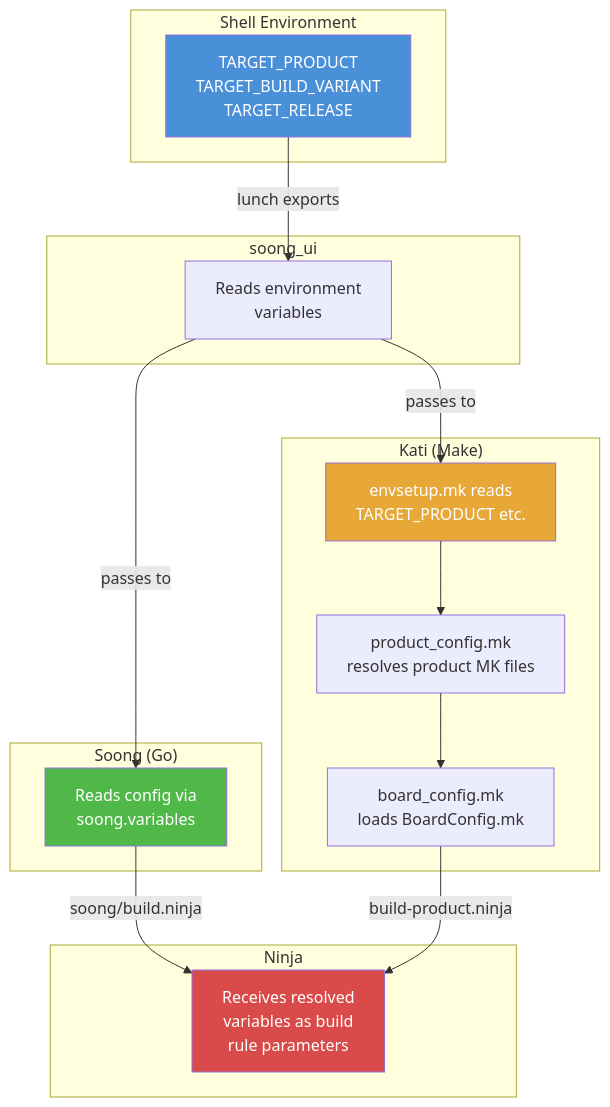
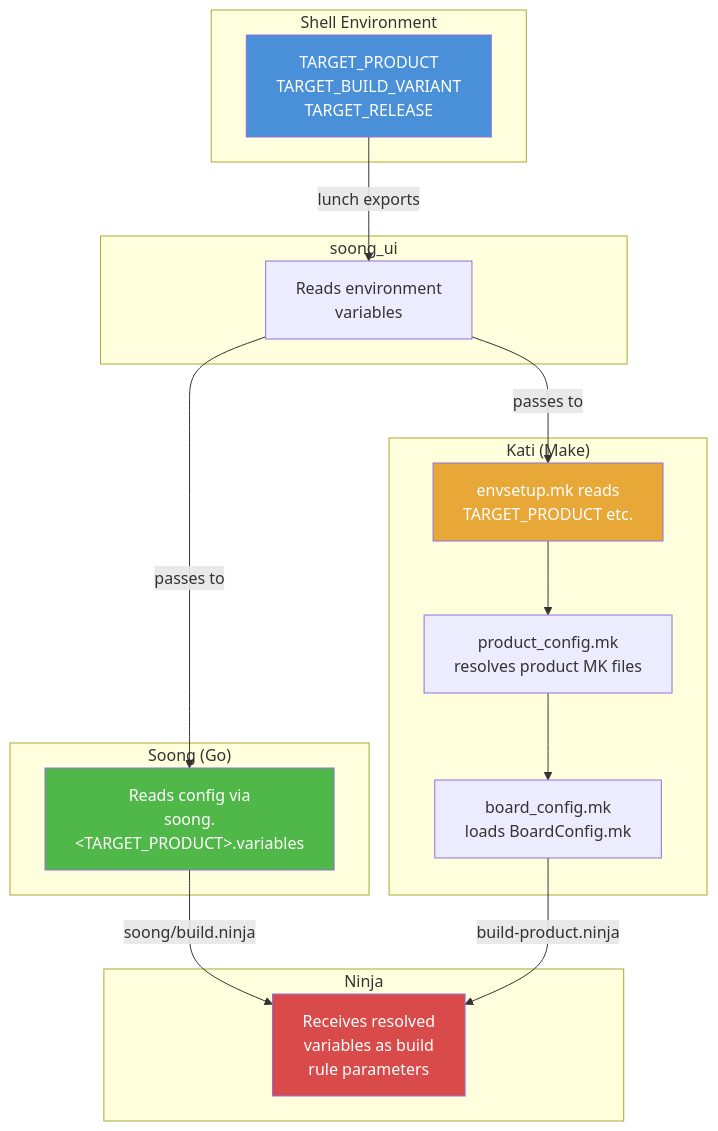
Before and after one commit to aospbooks/aosp-internal-book: the seventh of 18 diagrams in 02-source-and-build.md, drawn with Mermaid. The commit also changed other lines of this file, not shown here.

First line of the commit message:
source-and-build: fix soong.variables path

````diff
--- a/02-source-and-build.md
+++ b/02-source-and-build.md
@@ -1579,37 +1579,37 @@
 ```mermaid
 graph TB
     subgraph "Shell Environment"
         ENV["TARGET_PRODUCT<br/>TARGET_BUILD_VARIANT<br/>TARGET_RELEASE"]
     end
 
     subgraph "soong_ui"
         SUI["Reads environment<br/>variables"]
     end
 
     subgraph "Soong (Go)"
-        SGO["Reads config via<br/>soong.variables"]
+        SGO["Reads config via<br/>soong.&lt;TARGET_PRODUCT&gt;.variables"]
     end
 
     subgraph "Kati (Make)"
         KAT["envsetup.mk reads<br/>TARGET_PRODUCT etc."]
         PC["product_config.mk<br/>resolves product MK files"]
         BC["board_config.mk<br/>loads BoardConfig.mk"]
 
         KAT --> PC --> BC
     end
 
     subgraph "Ninja"
         NIN["Receives resolved<br/>variables as build<br/>rule parameters"]
     end
 
     ENV -->|lunch exports| SUI
     SUI -->|passes to| SGO
     SUI -->|passes to| KAT
     SGO -->|soong/build.ninja| NIN
     BC -->|build-product.ninja| NIN
 
     style ENV fill:#4a90d9,color:#fff
     style SGO fill:#50b848,color:#fff
     style KAT fill:#e8a838,color:#fff
     style NIN fill:#d94a4a,color:#fff
 ```
````
